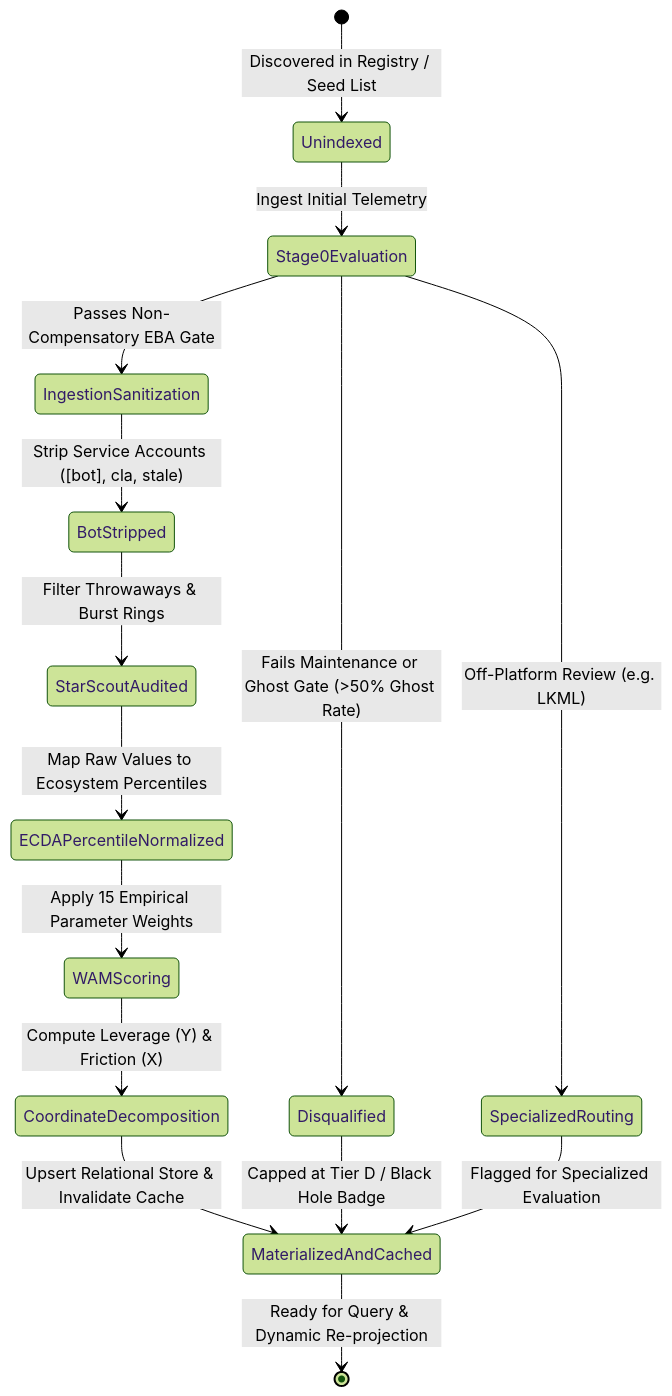
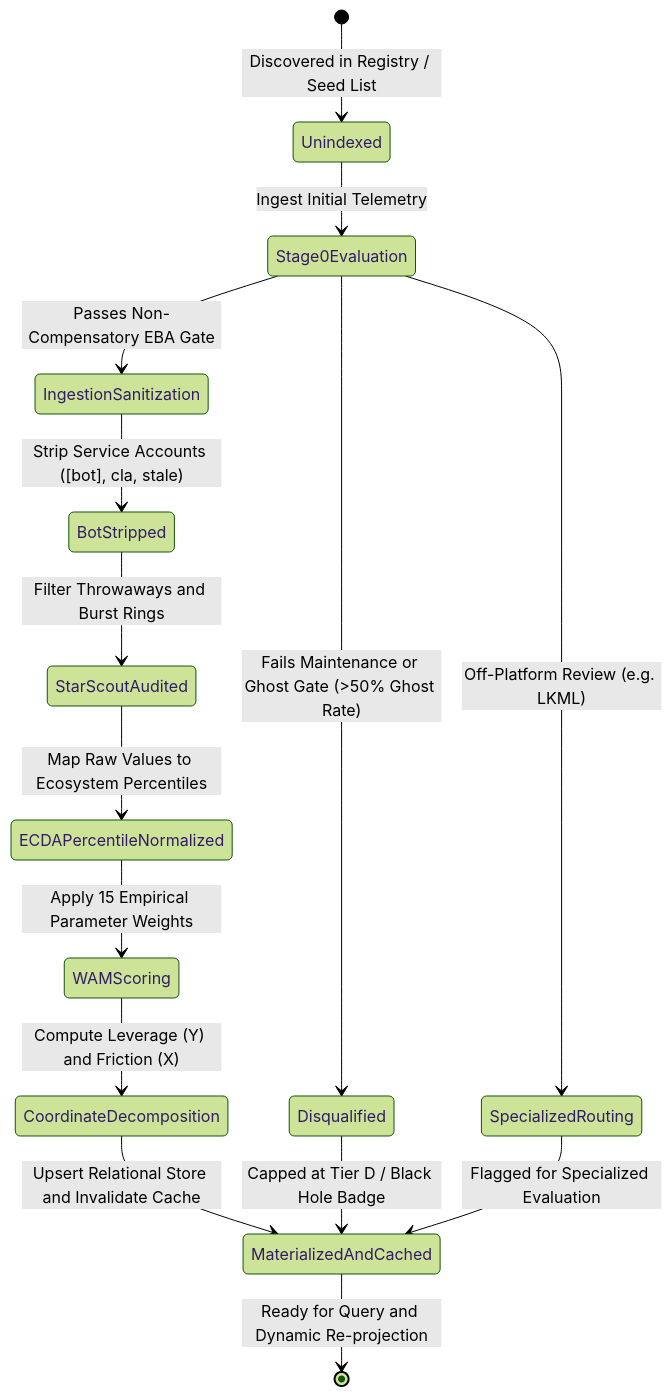
One commit to pctablet505/porchlamp-engine changed the sixth of 13 diagrams in docs/ARCHITECTURE.md. Above: the diagram before and after it, drawn with Mermaid (forest theme). The commit also changed other lines of this file and 3 other files, not shown here.

Commit message:
docs: resolve all GFM, KaTeX, and Mermaid rendering issues across architecture and UI specs

````diff
--- a/docs/ARCHITECTURE.md
+++ b/docs/ARCHITECTURE.md
@@ -422,22 +424,22 @@
 ```mermaid
 stateDiagram-v2
     [*] --> Unindexed: Discovered in Registry / Seed List
     
     Unindexed --> Stage0Evaluation: Ingest Initial Telemetry
     Stage0Evaluation --> Disqualified: Fails Maintenance or Ghost Gate (>50% Ghost Rate)
     Stage0Evaluation --> SpecializedRouting: Off-Platform Review (e.g. LKML)
     Stage0Evaluation --> IngestionSanitization: Passes Non-Compensatory EBA Gate
     
     IngestionSanitization --> BotStripped: Strip Service Accounts ([bot], cla, stale)
-    BotStripped --> StarScoutAudited: Filter Throwaways & Burst Rings
+    BotStripped --> StarScoutAudited: Filter Throwaways and Burst Rings
     StarScoutAudited --> ECDAPercentileNormalized: Map Raw Values to Ecosystem Percentiles
     
     ECDAPercentileNormalized --> WAMScoring: Apply 15 Empirical Parameter Weights
-    WAMScoring --> CoordinateDecomposition: Compute Leverage (Y) & Friction (X)
-    CoordinateDecomposition --> MaterializedAndCached: Upsert Relational Store & Invalidate Cache
+    WAMScoring --> CoordinateDecomposition: Compute Leverage (Y) and Friction (X)
+    CoordinateDecomposition --> MaterializedAndCached: Upsert Relational Store and Invalidate Cache
     
     Disqualified --> MaterializedAndCached: Capped at Tier D / Black Hole Badge
     SpecializedRouting --> MaterializedAndCached: Flagged for Specialized Evaluation
     
-    MaterializedAndCached --> [*]: Ready for Query & Dynamic Re-projection
+    MaterializedAndCached --> [*]: Ready for Query and Dynamic Re-projection
 ```
````
